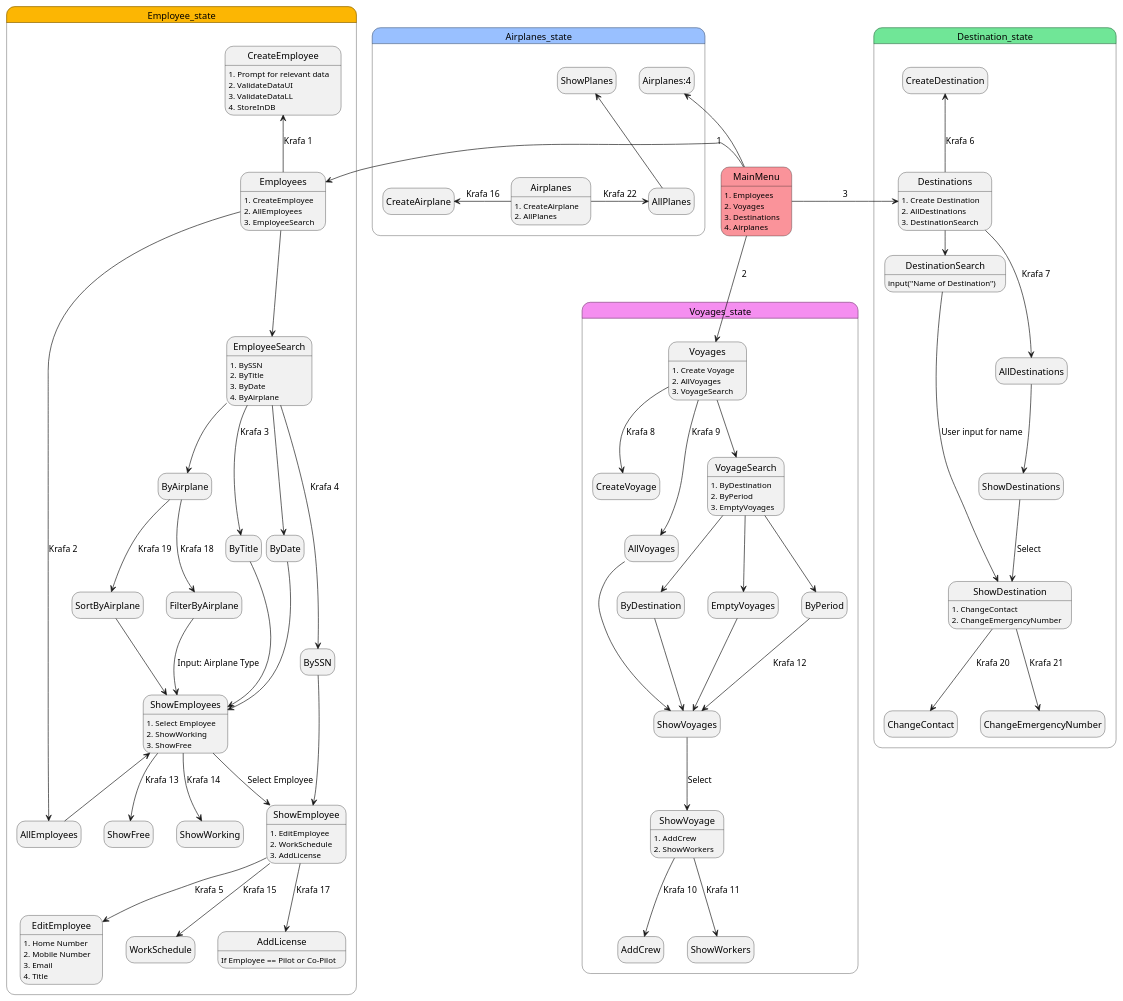
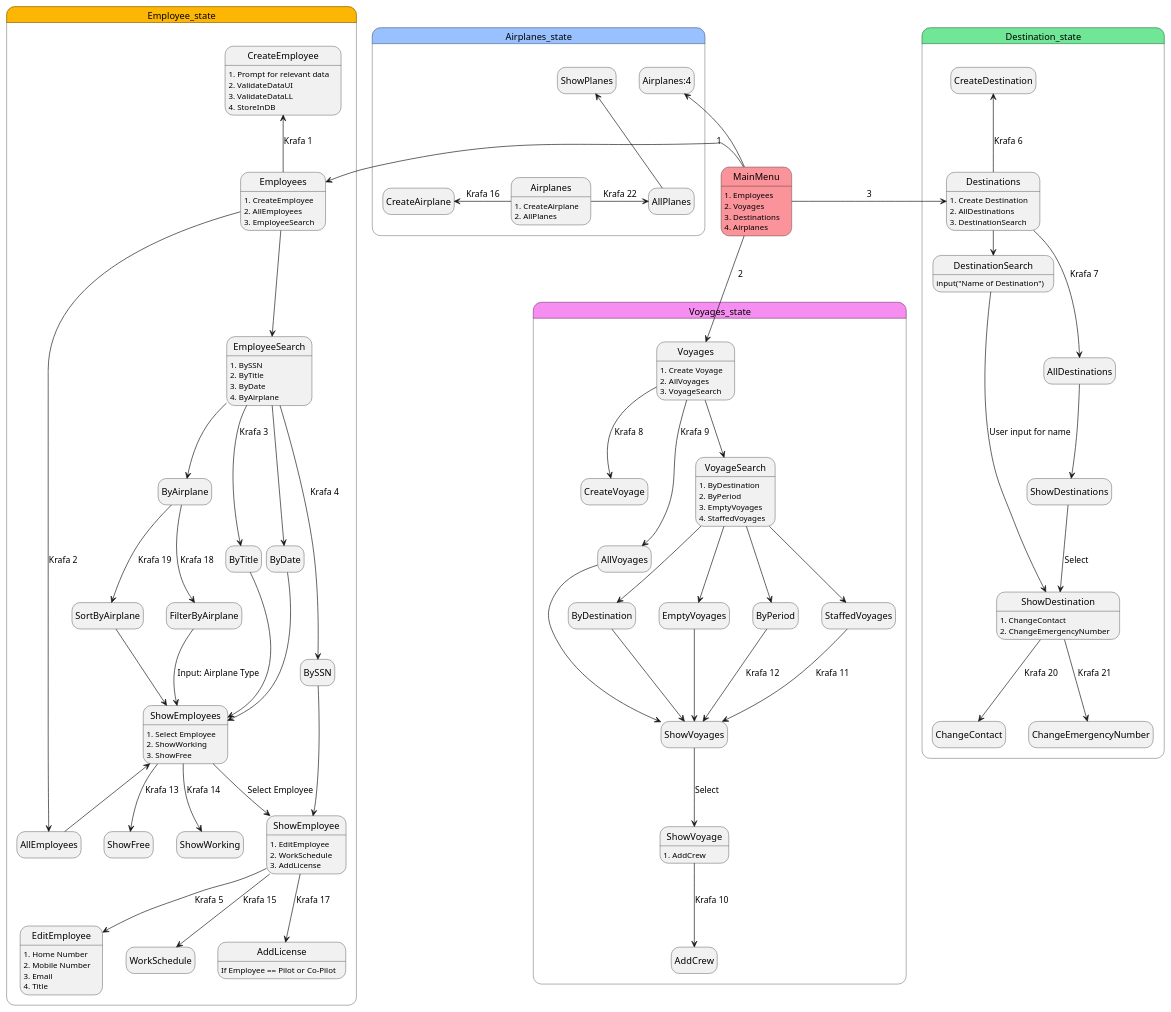
The diagram in state_diagrams/UI_State_Diagram.puml (irmalexandra/vln1_chuck_nan), drawn with PlantUML before and after one commit.

```diff
--- a/state_diagrams/UI_State_Diagram.puml
+++ b/state_diagrams/UI_State_Diagram.puml
@@ -1,91 +1,92 @@
 @startuml UI_states
 hide empty description
 MainMenu: 1. Employees \n2. Voyages \n3. Destinations \n4. Airplanes
 
 state Employee_state #fcb603{
 
     MainMenu #fa939a -Left-> Employees: 1
     Employees: 1. CreateEmployee \n2. AllEmployees \n3. EmployeeSearch
     Employees -up-> CreateEmployee: Krafa 1
     CreateEmployee: 1. Prompt for relevant data \n2. ValidateDataUI \n3. ValidateDataLL\n4. StoreInDB
     Employees -up-> AllEmployees: Krafa 2
     AllEmployees -up-> ShowEmployees
     Employees -down-> EmployeeSearch
     EmployeeSearch --> ByTitle: Krafa 3
     ByTitle --> ShowEmployees
     ShowEmployees: 1. Select Employee \n2. ShowWorking \n3. ShowFree
     EmployeeSearch --> BySSN: Krafa 4
     BySSN --> ShowEmployee
     ShowEmployee: 1. EditEmployee \n2. WorkSchedule\n3. AddLicense
     ShowEmployee --> EditEmployee: Krafa 5
     EditEmployee: 1. Home Number \n2. Mobile Number \n3. Email \n4. Title
     ShowEmployee --> WorkSchedule: Krafa 15
     EmployeeSearch --> ByDate
     ByDate --> ShowEmployees
     EmployeeSearch --> ByAirplane
     ByAirplane --> SortByAirplane: Krafa 19
     ByAirplane --> FilterByAirplane: Krafa 18
     SortByAirplane --> ShowEmployees
     FilterByAirplane --> ShowEmployees: Input: Airplane Type
     EmployeeSearch: 1. BySSN\n2. ByTitle\n3. ByDate\n4. ByAirplane
 
 
     ShowEmployees --> ShowFree: Krafa 13
     ShowEmployees --> ShowWorking: Krafa 14
     ShowEmployees --> ShowEmployee: Select Employee
     ShowEmployee --> AddLicense: Krafa 17
     AddLicense: If Employee == Pilot or Co-Pilot
 
 }
 
 
 state Voyages_state #f58ef0{
     MainMenu -Down-> Voyages: 2
     Voyages: 1. Create Voyage \n2. AllVoyages \n3. VoyageSearch
     Voyages --> CreateVoyage: Krafa 8
     Voyages --> AllVoyages: Krafa 9
     AllVoyages --> ShowVoyages
     Voyages --> VoyageSearch
-    VoyageSearch: 1. ByDestination \n2. ByPeriod \n3. EmptyVoyages
+    VoyageSearch: 1. ByDestination \n2. ByPeriod \n3. EmptyVoyages \n4. StaffedVoyages
     VoyageSearch --> ByDestination
     VoyageSearch --> EmptyVoyages
     VoyageSearch --> ByPeriod
     ByDestination --> ShowVoyages
+    StaffedVoyages --> ShowVoyages: Krafa 11
 
     EmptyVoyages --> ShowVoyages
     ByPeriod --> ShowVoyages: Krafa 12
     ShowVoyages --> ShowVoyage: Select
-    ShowVoyage: 1. AddCrew \n2. ShowWorkers
+    ShowVoyage: 1. AddCrew
     ShowVoyage --> AddCrew: Krafa 10
-    ShowVoyage --> ShowWorkers: Krafa 11
+    VoyageSearch --> StaffedVoyages
 
 }
 
 state Destination_state #70e697{
     MainMenu -Right-> Destinations: 3
     Destinations:1. Create Destination \n2. AllDestinations \n3. DestinationSearch
     Destinations -up-> CreateDestination: Krafa 6
     Destinations -down-> AllDestinations: Krafa 7
     ShowDestinations --> ShowDestination: Select
     AllDestinations --> ShowDestinations
     Destinations -right-> DestinationSearch
     DestinationSearch: input("Name of Destination")
     DestinationSearch --> ShowDestination: User input for name
     ShowDestination: 1. ChangeContact \n2. ChangeEmergencyNumber
     ShowDestination --> ChangeContact: Krafa 20
     ShowDestination --> ChangeEmergencyNumber: Krafa 21
 
 }
 
 state Airplanes_state #99c0ff{
     MainMenu -up-> Airplanes:4 
     Airplanes: 1. CreateAirplane \n2. AllPlanes
     Airplanes -left-> CreateAirplane: Krafa 16
     Airplanes -right-> AllPlanes: Krafa 22
     AllPlanes -up-> ShowPlanes
     
     
 
 }
 
 @enduml
```
